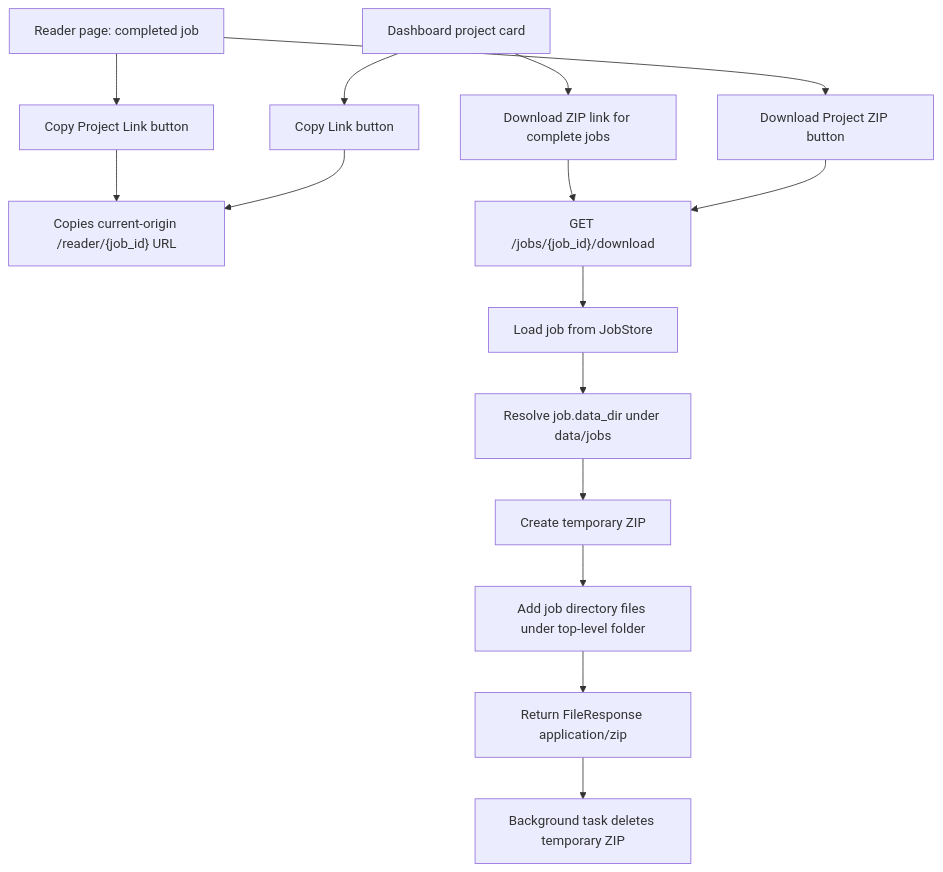
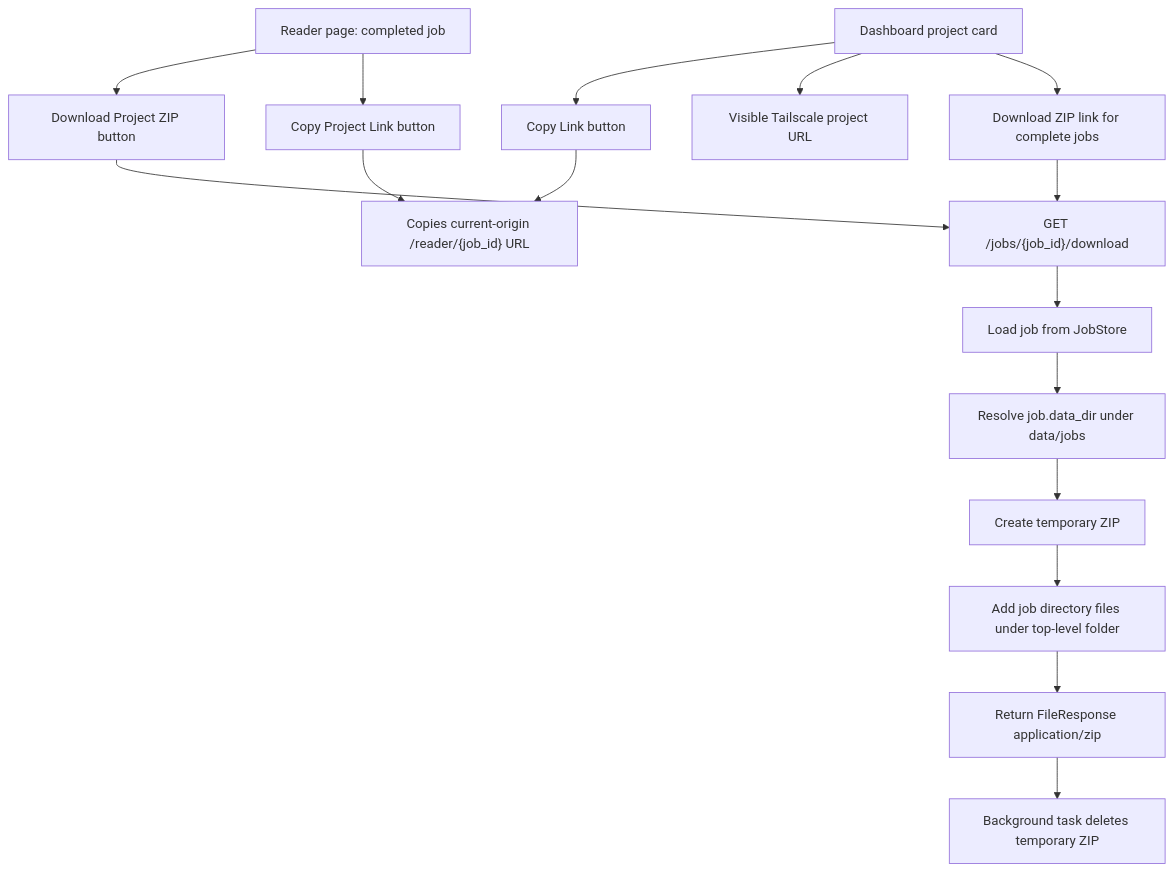
Before and after one commit to ehukaimedia/smart-youtube-reader: the diagram in docs/playgrounds/project-zip-download-flow.md, drawn with Mermaid. The commit also changed 3 other files, not shown here.

Commit message:
Show Tailscale project links on dashboard

````diff
--- a/docs/playgrounds/project-zip-download-flow.md
+++ b/docs/playgrounds/project-zip-download-flow.md
@@ -3,17 +3,18 @@
 ```mermaid
 flowchart TD
     A["Reader page: completed job"] --> B["Download Project ZIP button"]
     A --> J["Copy Project Link button"]
     K["Dashboard project card"] --> L["Copy Link button"]
+    K --> O["Visible Tailscale project URL"]
     K --> M["Download ZIP link for complete jobs"]
     J --> N["Copies current-origin /reader/{job_id} URL"]
     L --> N
     M --> C
     B --> C["GET /jobs/{job_id}/download"]
     C --> D["Load job from JobStore"]
     D --> E["Resolve job.data_dir under data/jobs"]
     E --> F["Create temporary ZIP"]
     F --> G["Add job directory files under top-level folder"]
     G --> H["Return FileResponse application/zip"]
     H --> I["Background task deletes temporary ZIP"]
 ```
````
